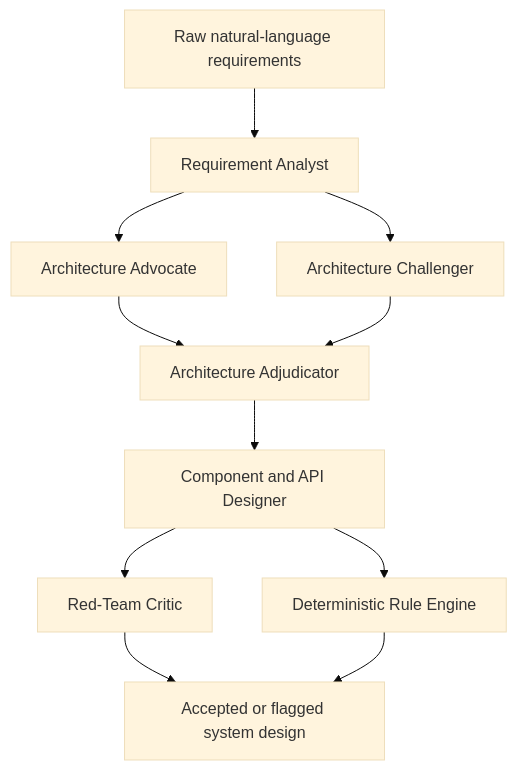
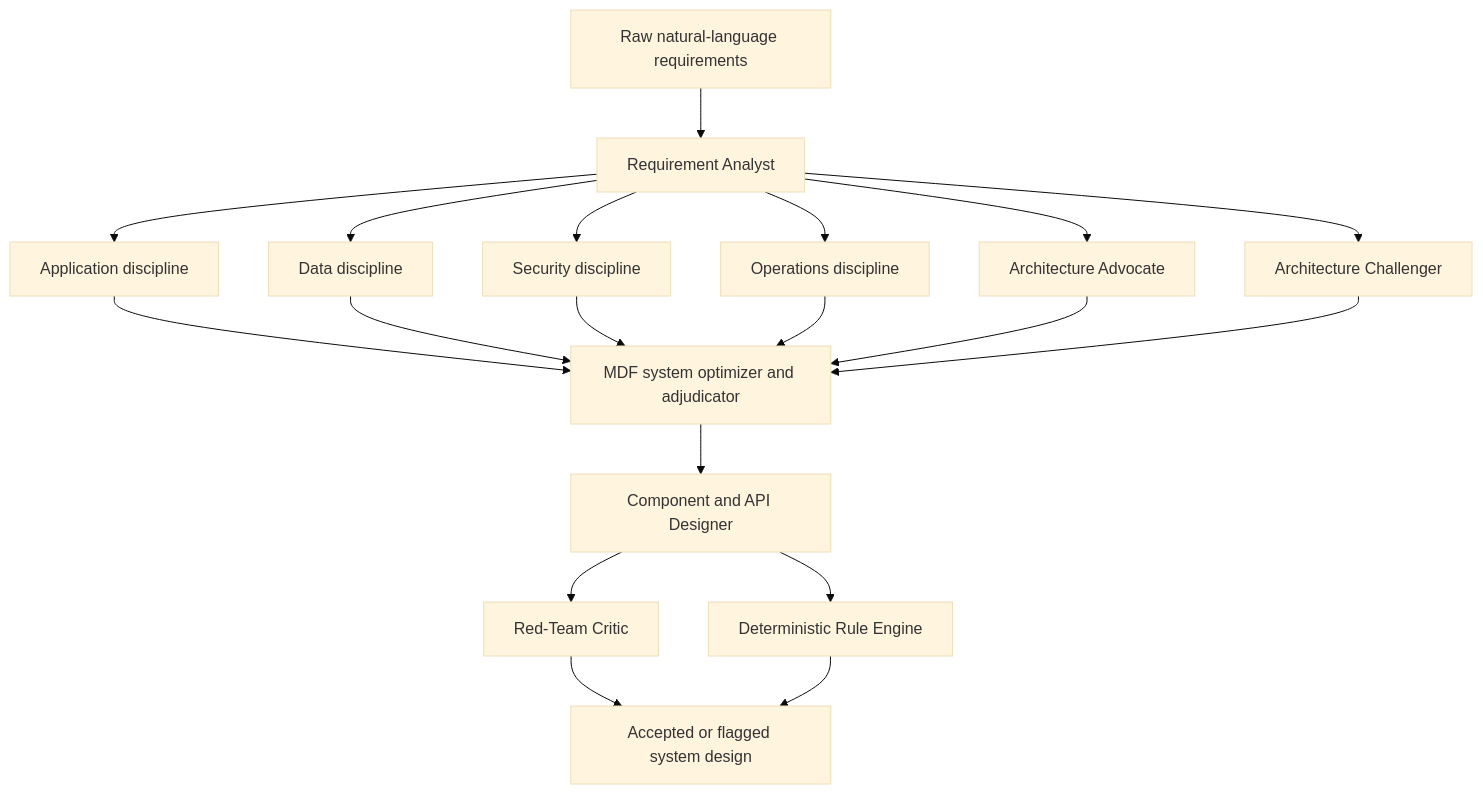
One commit to hardikkanfade/Multi-Agent-Framework-for-Requirements-to-System-Design changed the second of 11 diagrams in docs/PROJECT_TECHNICAL_EXPLANATION.md. Above: the diagram before and after it, drawn with Mermaid (base theme). The commit also changed other lines of this file and 7 other files, not shown here.

````diff
--- a/docs/PROJECT_TECHNICAL_EXPLANATION.md
+++ b/docs/PROJECT_TECHNICAL_EXPLANATION.md
@@ -864,22 +878,34 @@
 ```mermaid
 flowchart TD
 	INPUT[Raw natural-language requirements]
 	ANALYST[Requirement Analyst]
+	APP[Application discipline]
+	DATA[Data discipline]
+	SECURITY[Security discipline]
+	OPS[Operations discipline]
 	ADVOCATE[Architecture Advocate]
 	CHALLENGER[Architecture Challenger]
-	ADJUDICATOR[Architecture Adjudicator]
+	OPTIMIZER[MDF system optimizer and adjudicator]
 	DESIGNER[Component and API Designer]
 	CRITIC[Red-Team Critic]
 	RULES[Deterministic Rule Engine]
 	OUTPUT[Accepted or flagged system design]
 	INPUT --> ANALYST
+	ANALYST --> APP
+	ANALYST --> DATA
+	ANALYST --> SECURITY
+	ANALYST --> OPS
 	ANALYST --> ADVOCATE
 	ANALYST --> CHALLENGER
-	ADVOCATE --> ADJUDICATOR
-	CHALLENGER --> ADJUDICATOR
-	ADJUDICATOR --> DESIGNER
+	APP --> OPTIMIZER
+	DATA --> OPTIMIZER
+	SECURITY --> OPTIMIZER
+	OPS --> OPTIMIZER
+	ADVOCATE --> OPTIMIZER
+	CHALLENGER --> OPTIMIZER
+	OPTIMIZER --> DESIGNER
 	DESIGNER --> CRITIC
 	DESIGNER --> RULES
 	CRITIC --> OUTPUT
 	RULES --> OUTPUT
 ```
````
